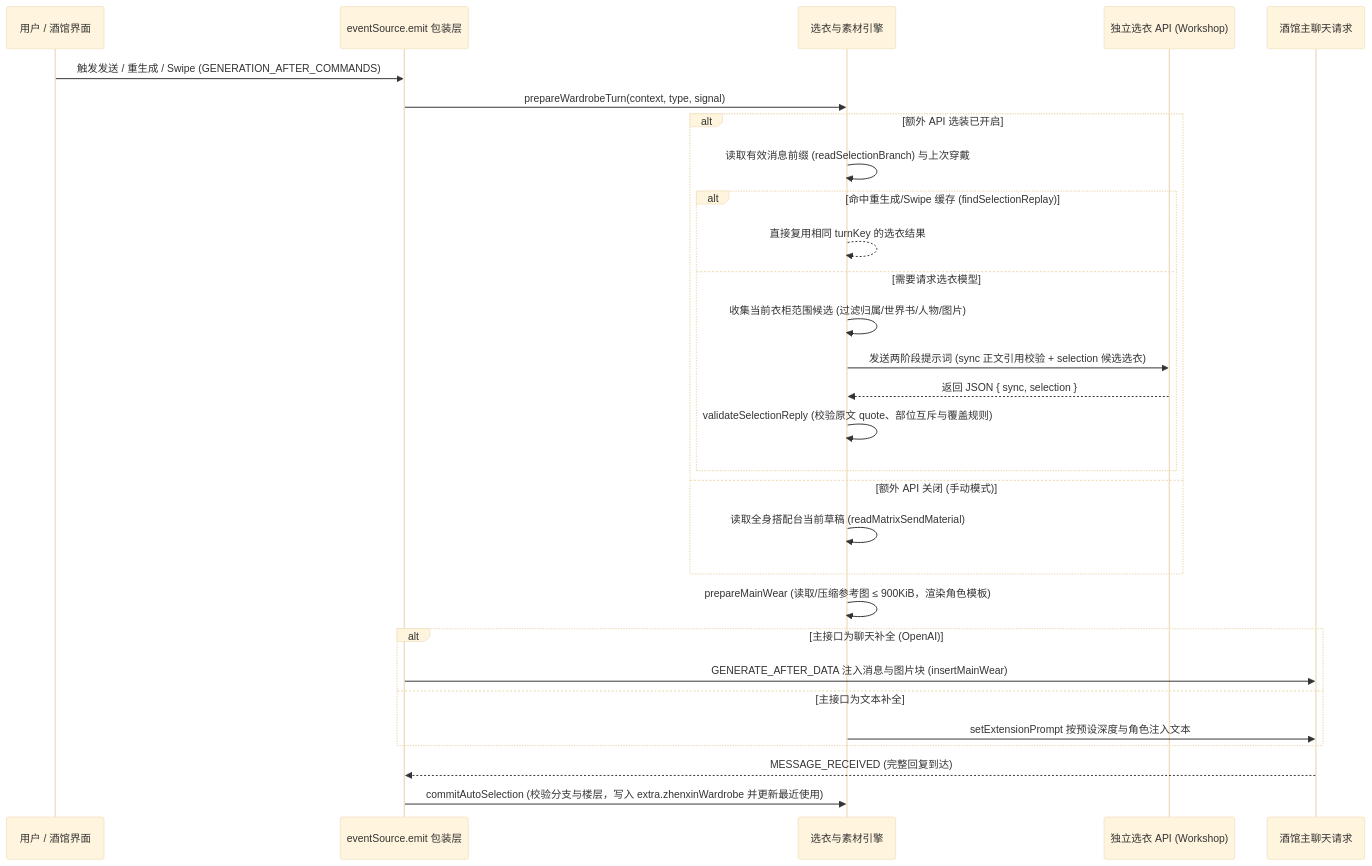
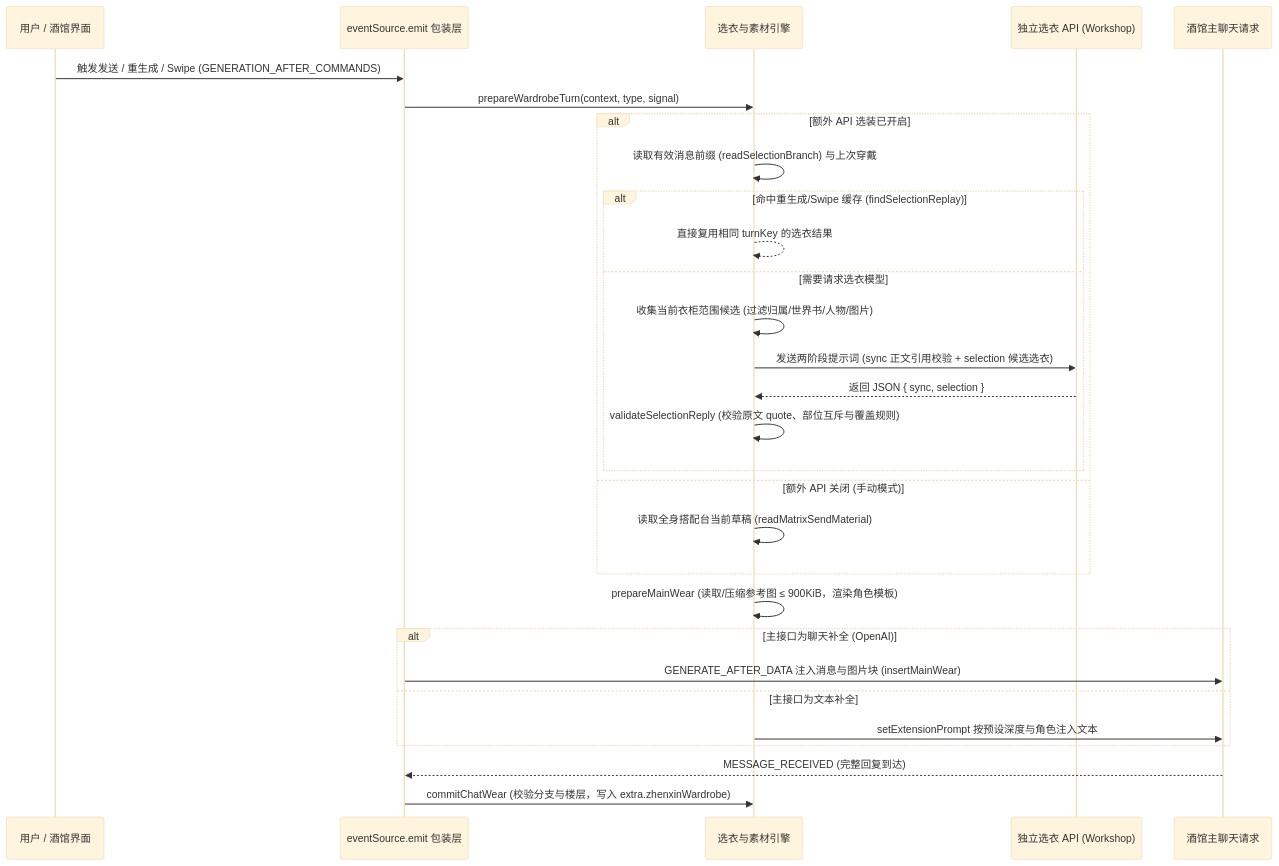
Before and after one commit to qingfeifeiya/Tavern-zhenxinzhenyi: the second of 2 diagrams in architecture.md, drawn with Mermaid (base theme). The commit also changed other lines of this file and 3 other files, not shown here.

````diff
--- a/architecture.md
+++ b/architecture.md
@@ -82,32 +82,32 @@
 ```mermaid
 sequenceDiagram
     participant User as 用户 / 酒馆界面
     participant Hook as eventSource.emit 包装层
     participant Engine as 选衣与素材引擎
     participant AI as 独立选衣 API (Workshop)
     participant Main as 酒馆主聊天请求
 
     User->>Hook: 触发发送 / 重生成 / Swipe (GENERATION_AFTER_COMMANDS)
     Hook->>Engine: prepareWardrobeTurn(context, type, signal)
     alt 额外 API 选装已开启
         Engine->>Engine: 读取有效消息前缀 (readSelectionBranch) 与上次穿戴
         alt 命中重生成/Swipe 缓存 (findSelectionReplay)
             Engine-->>Engine: 直接复用相同 turnKey 的选衣结果
         else 需要请求选衣模型
             Engine->>Engine: 收集当前衣柜范围候选 (过滤归属/世界书/人物/图片)
             Engine->>AI: 发送两阶段提示词 (sync 正文引用校验 + selection 候选选衣)
             AI-->>Engine: 返回 JSON { sync, selection }
             Engine->>Engine: validateSelectionReply (校验原文 quote、部位互斥与覆盖规则)
         end
     else 额外 API 关闭 (手动模式)
         Engine->>Engine: 读取全身搭配台当前草稿 (readMatrixSendMaterial)
     end
     Engine->>Engine: prepareMainWear (读取/压缩参考图 ≤ 900KiB，渲染角色模板)
     alt 主接口为聊天补全 (OpenAI)
         Hook->>Main: GENERATE_AFTER_DATA 注入消息与图片块 (insertMainWear)
     else 主接口为文本补全
         Engine->>Main: setExtensionPrompt 按预设深度与角色注入文本
     end
     Main-->>Hook: MESSAGE_RECEIVED (完整回复到达)
-    Hook->>Engine: commitAutoSelection (校验分支与楼层，写入 extra.zhenxinWardrobe 并更新最近使用)
+    Hook->>Engine: commitChatWear (校验分支与楼层，写入 extra.zhenxinWardrobe)
 ```
````
